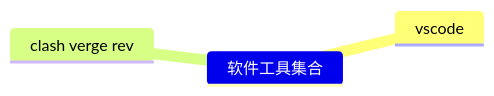
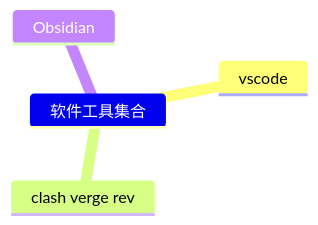
The diagram in notes/skill/sw/sw_entry.md (superupon/knowledge_zh), drawn with Mermaid before and after one commit. The commit also changed other lines of this file and 1 other file, not shown here.

Commit message:
[misc] new entry for obsidian

````diff
--- a/notes/skill/sw/sw_entry.md
+++ b/notes/skill/sw/sw_entry.md
@@ -7,6 +9,7 @@
 ```mermaid
     mindmap
         软件工具集合
             vscode
             clash verge rev
+            Obsidian
 ```
````
